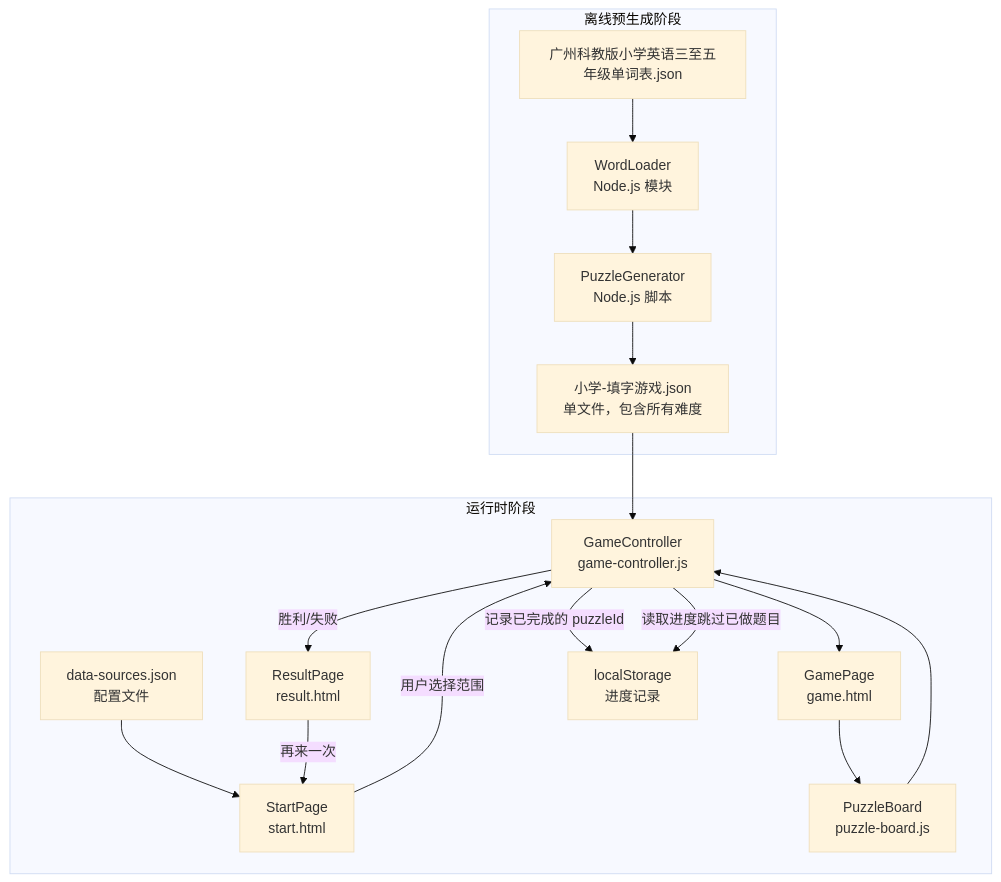
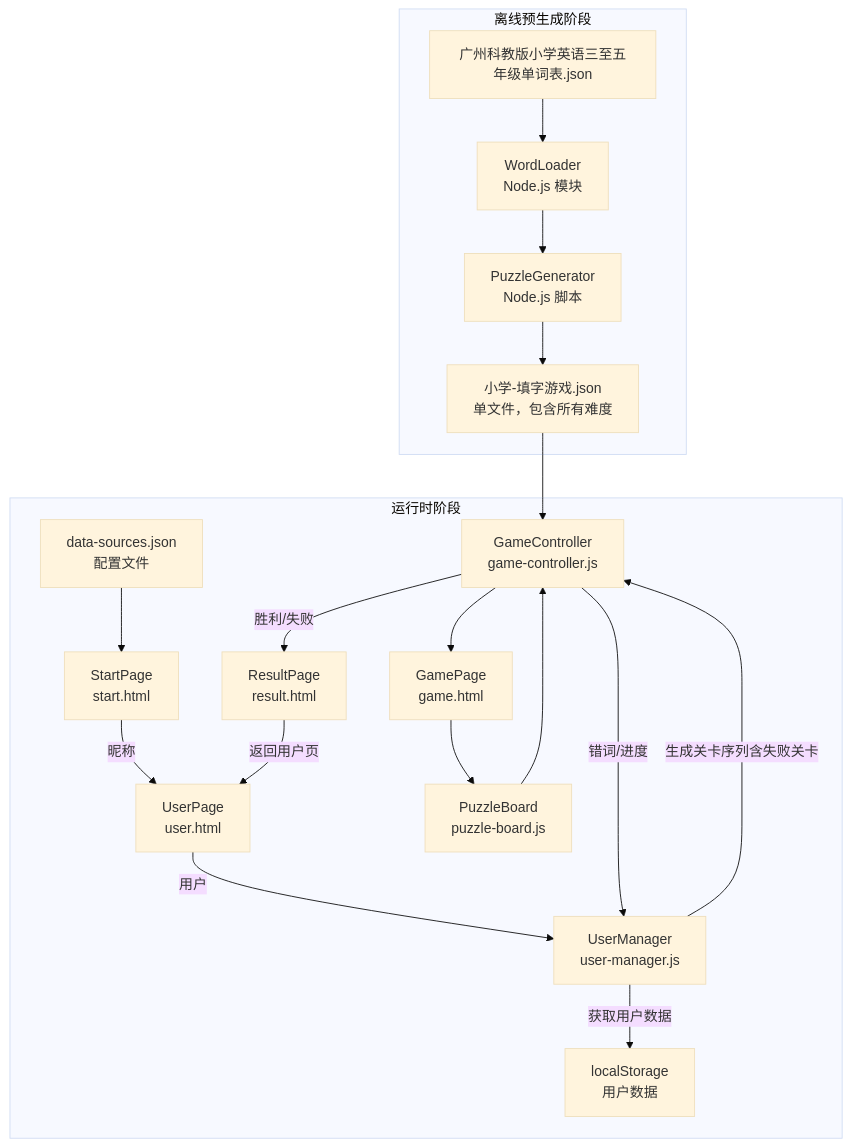
One commit to EldenCheng/Vibe_Coding changed the first of 3 diagrams in CrossGame(MiniGameDemo)/design/specs/crossword-game/design.md. Above: the diagram before and after it, drawn with Mermaid (base theme). The commit also changed other lines of this file and 13 other files, not shown here.

````diff
--- a/CrossGame(MiniGameDemo)/design/specs/crossword-game/design.md
+++ b/CrossGame(MiniGameDemo)/design/specs/crossword-game/design.md
@@ -39,31 +39,35 @@
 ```mermaid
 graph TB
     subgraph 离线预生成阶段
         WJ[广州科教版小学英语三至五年级单词表.json]
         WL[WordLoader<br/>Node.js 模块]
         PG[PuzzleGenerator<br/>Node.js 脚本]
         DJ[小学-填字游戏.json<br/>单文件，包含所有难度]
         WJ --> WL --> PG
         PG --> DJ
     end
 
     subgraph 运行时阶段
         DS[data-sources.json<br/>配置文件]
         SP[StartPage<br/>start.html]
+        UP[UserPage<br/>user.html]
         GP[GamePage<br/>game.html]
         RP[ResultPage<br/>result.html]
         GC[GameController<br/>game-controller.js]
         PB[PuzzleBoard<br/>puzzle-board.js]
-        LS[localStorage<br/>进度记录]
+        UM[UserManager<br/>user-manager.js]
+        US[localStorage<br/>用户数据]
         DS --> SP
         DJ --> GC
-        SP -->|用户选择范围| GC
+        SP -->|昵称| UP
+        UP -->|用户| UM
+        UM -->|获取用户数据| US
+        UM -->|生成关卡序列含失败关卡| GC
         GC --> GP
         GP --> PB
         PB --> GC
+        GC -->|错词/进度| UM
         GC -->|胜利/失败| RP
-        GC -->|记录已完成的 puzzleId| LS
-        GC -->|读取进度跳过已做题目| LS
-        RP -->|再来一次| SP
+        RP -->|返回用户页| UP
     end
 ```
````
